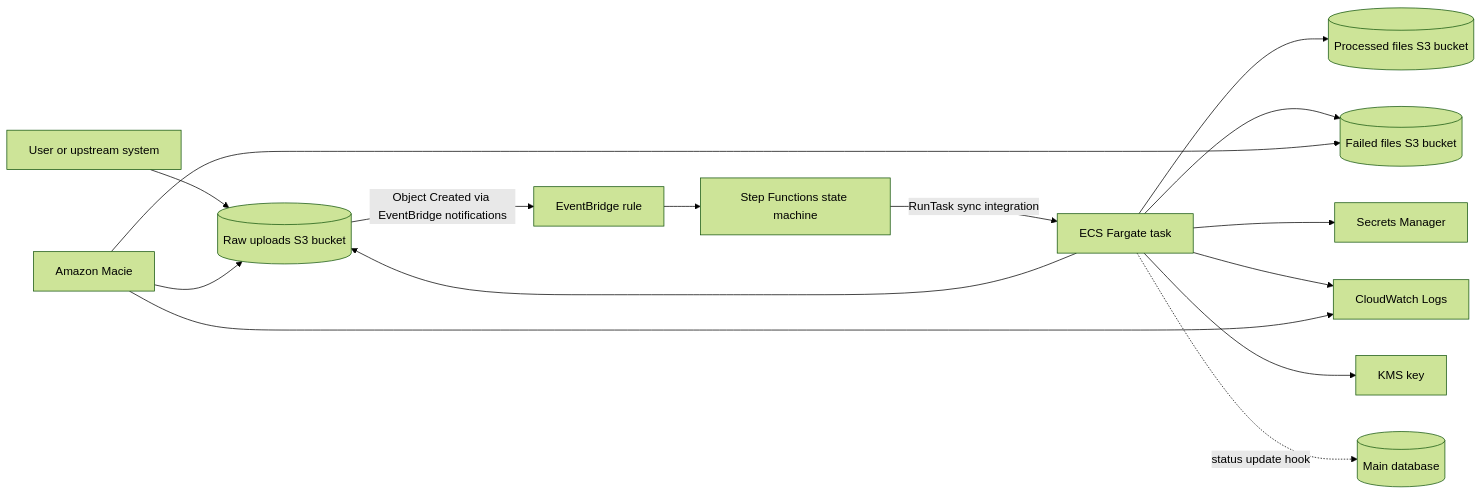
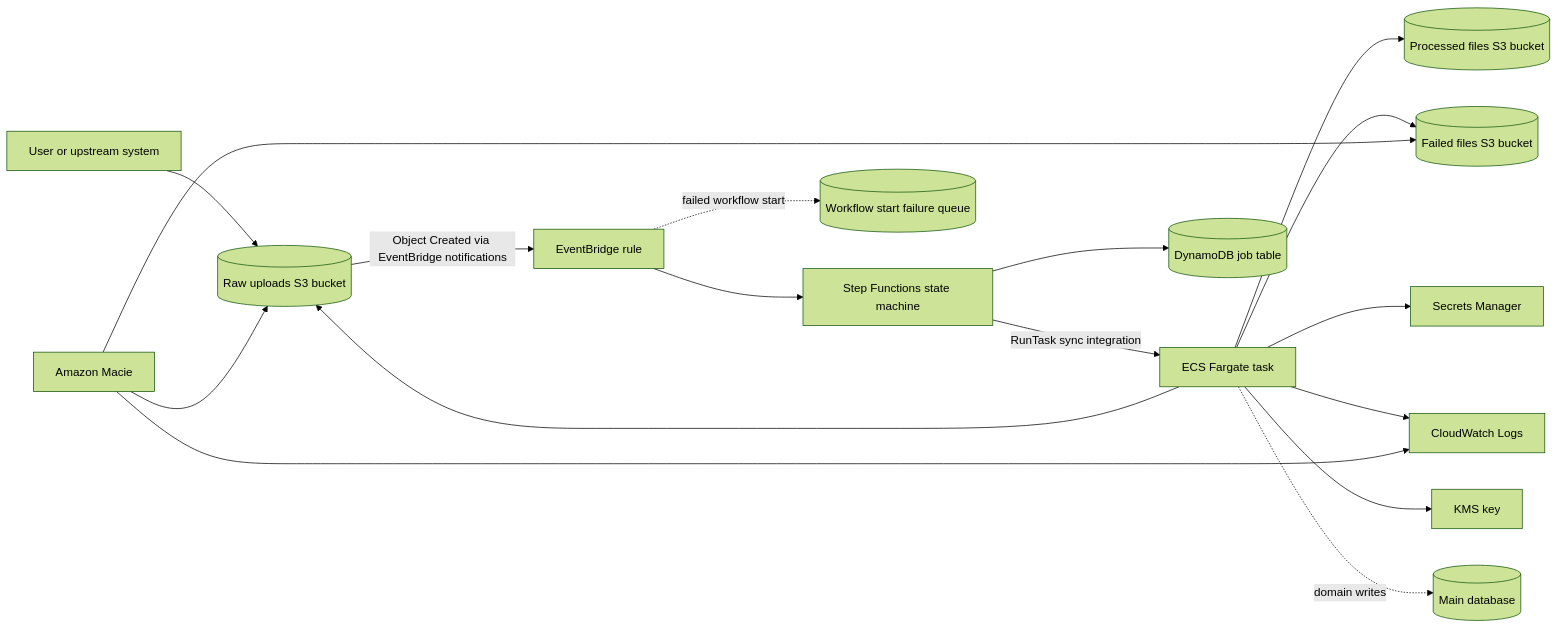
The diagram in README.md (tukue/data-processing-infrastructure), drawn with Mermaid (forest theme) before and after one commit. The commit also changed other lines of this file and 2 other files, not shown here.

Commit message:
Improve workflow failure tracking

````diff
--- a/README.md
+++ b/README.md
@@ -9,17 +9,19 @@
 ```mermaid
 flowchart LR
     user[User or upstream system] --> raw[(Raw uploads S3 bucket)]
     raw -->|Object Created via EventBridge notifications| rule[EventBridge rule]
     rule --> sfn[Step Functions state machine]
     sfn -->|RunTask sync integration| ecs[ECS Fargate task]
     ecs --> raw
     ecs --> processed[(Processed files S3 bucket)]
     ecs --> failed[(Failed files S3 bucket)]
     ecs --> secrets[Secrets Manager]
     ecs --> logs[CloudWatch Logs]
     ecs --> kms[KMS key]
+    sfn --> jobs[(DynamoDB job table)]
+    rule -. failed workflow start .-> dlq[(Workflow start failure queue)]
     macie[Amazon Macie] --> logs
     macie --> raw
     macie --> failed
-    ecs -. status update hook .-> db[(Main database)]
+    ecs -. domain writes .-> db[(Main database)]
 ```
````
